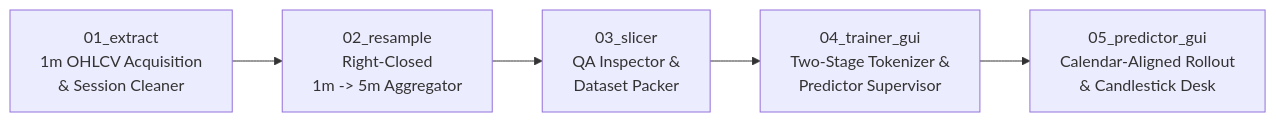
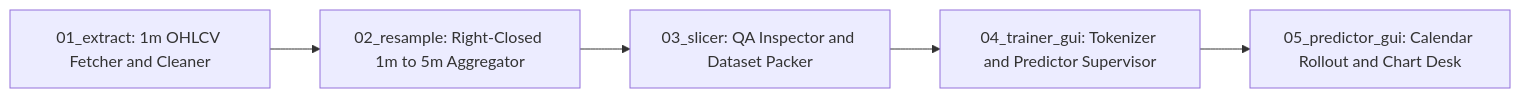
The diagram in README.md (Ziqi/KLine-Kronos-Suite), drawn with Mermaid before and after one commit. The commit also changed other lines of this file and 16 other files, not shown here.

````diff
--- a/README.md
+++ b/README.md
@@ -30,7 +43,7 @@
 ```mermaid
 flowchart LR
-    S1["01_extract<br/>1m OHLCV Acquisition<br/>& Session Cleaner"] --> S2["02_resample<br/>Right-Closed<br/>1m -> 5m Aggregator"]
-    S2 --> S3["03_slicer<br/>QA Inspector &<br/>Dataset Packer"]
-    S3 --> S4["04_trainer_gui<br/>Two-Stage Tokenizer &<br/>Predictor Supervisor"]
-    S4 --> S5["05_predictor_gui<br/>Calendar-Aligned Rollout<br/>& Candlestick Desk"]
+    S1["01_extract: 1m OHLCV Fetcher and Cleaner"] --> S2["02_resample: Right-Closed 1m to 5m Aggregator"]
+    S2 --> S3["03_slicer: QA Inspector and Dataset Packer"]
+    S3 --> S4["04_trainer_gui: Tokenizer and Predictor Supervisor"]
+    S4 --> S5["05_predictor_gui: Calendar Rollout and Chart Desk"]
 ```
````
